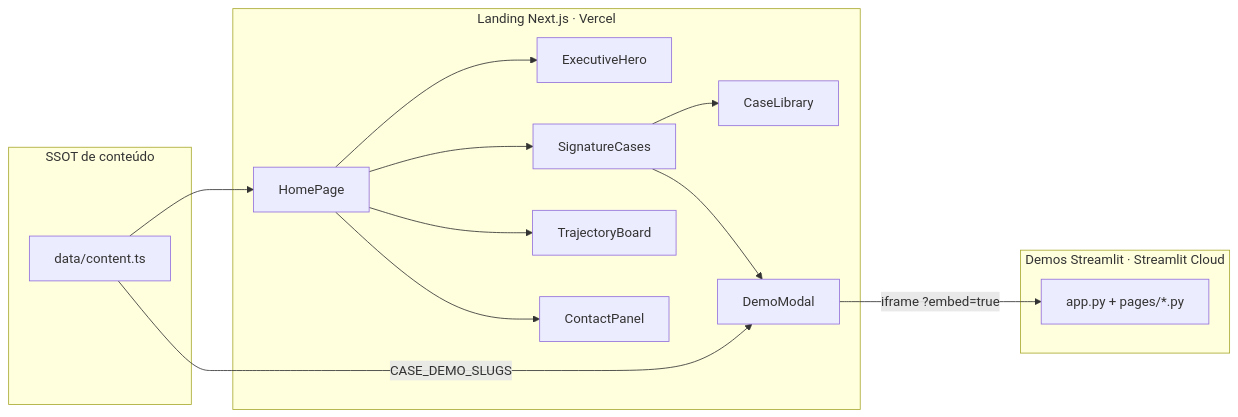
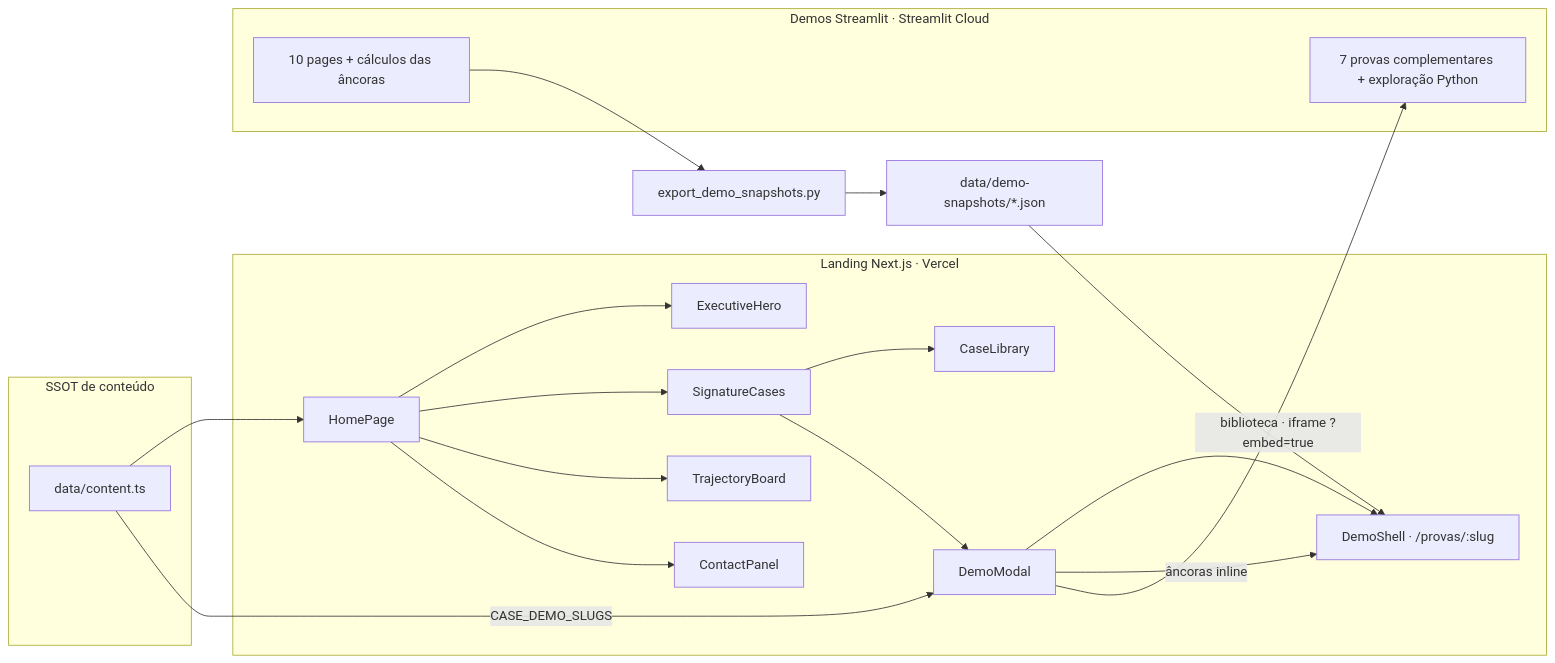
Before and after one commit to lucasdevlogis-cpu/portfolio-lucas-batista: the diagram in docs/ARQUITETURA.md, drawn with Mermaid. The commit also changed other lines of this file and 108 other files, not shown here.

````diff
--- a/docs/ARQUITETURA.md
+++ b/docs/ARQUITETURA.md
@@ -11,24 +11,30 @@
 ```mermaid
 flowchart LR
   subgraph Landing["Landing Next.js · Vercel"]
     HP[HomePage]
     HP --> Hero[ExecutiveHero]
     HP --> Cases[SignatureCases]
     Cases --> Lib[CaseLibrary]
     Cases --> Modal[DemoModal]
+    Modal --> Anchor[DemoShell · /provas/:slug]
     HP --> Traj[TrajectoryBoard]
     HP --> Contato[ContactPanel]
   end
 
   subgraph Content["SSOT de conteúdo"]
     CT[data/content.ts]
   end
 
   subgraph Demos["Demos Streamlit · Streamlit Cloud"]
-    ST[app.py + pages/*.py]
+    ST[7 provas complementares + exploração Python]
+    PY[10 pages + cálculos das âncoras]
   end
 
   CT --> HP
-  Modal -->|iframe ?embed=true| ST
+  Modal -->|âncoras inline| Anchor
+  Modal -->|biblioteca · iframe ?embed=true| ST
+  PY --> Export[export_demo_snapshots.py]
+  Export --> Snap[data/demo-snapshots/*.json]
+  Snap --> Anchor
   CT -->|CASE_DEMO_SLUGS| Modal
 ```
````
